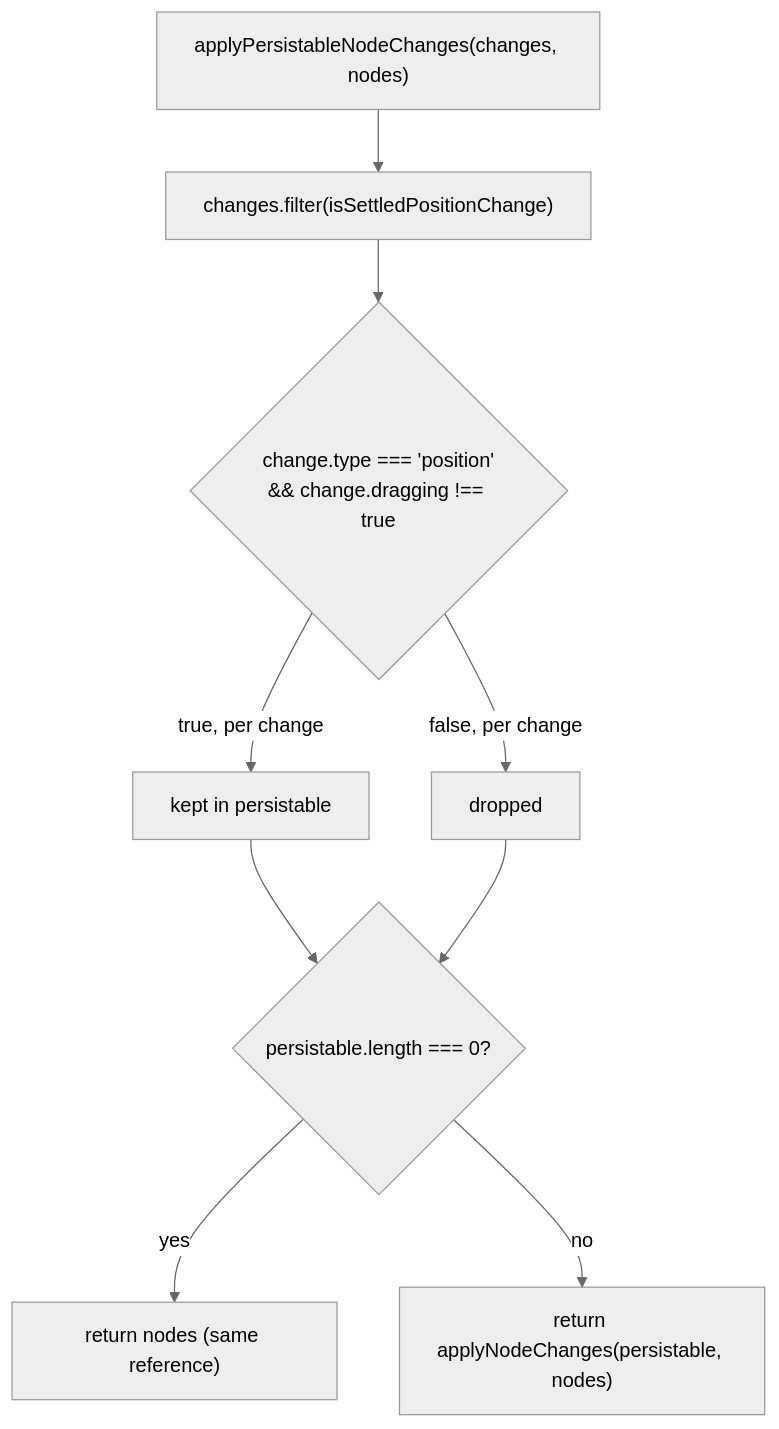
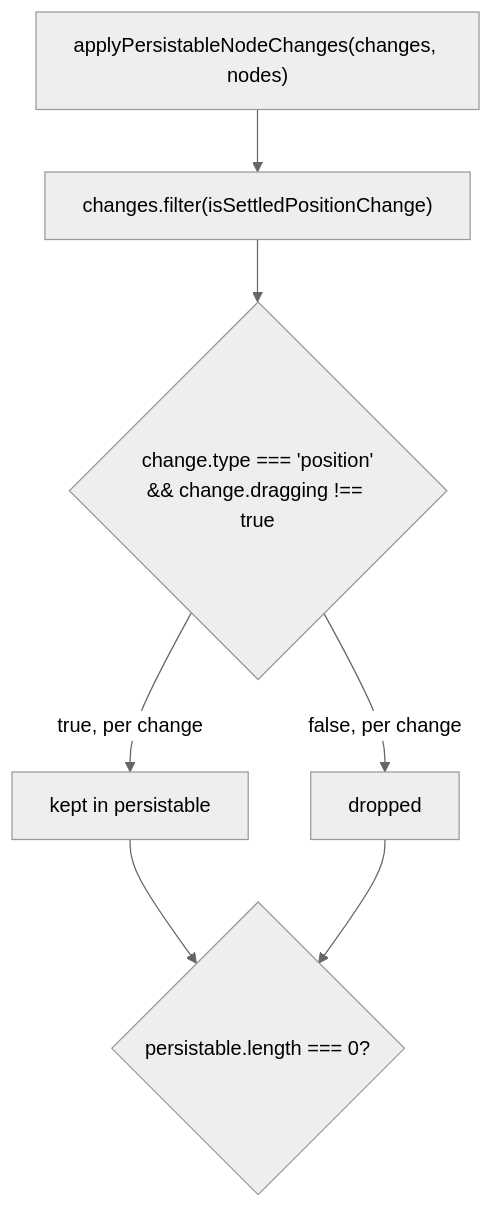
One commit to jgyy/architect-model changed the first of 2 diagrams in docs/categories/drag-position-fix.md. Above: the diagram before and after it, drawn with Mermaid (neutral theme). The commit also changed other lines of this file and 31 other files, not shown here.

Commit message:
docs: split mermaids into 2 for easier viewing (#52)

````diff
--- a/docs/categories/drag-position-fix.md
+++ b/docs/categories/drag-position-fix.md
@@ -7,11 +9,9 @@
 ```mermaid
 flowchart TD
     A["applyPersistableNodeChanges(changes, nodes)"] --> B["changes.filter(isSettledPositionChange)"]
     B --> C{"change.type === 'position'\n&& change.dragging !== true"}
     C -->|true, per change| D[kept in persistable]
     C -->|false, per change| E[dropped]
     D --> F{"persistable.length === 0?"}
     E --> F
-    F -->|yes| G["return nodes (same reference)"]
-    F -->|no| H["return applyNodeChanges(persistable, nodes)"]
 ```
````
